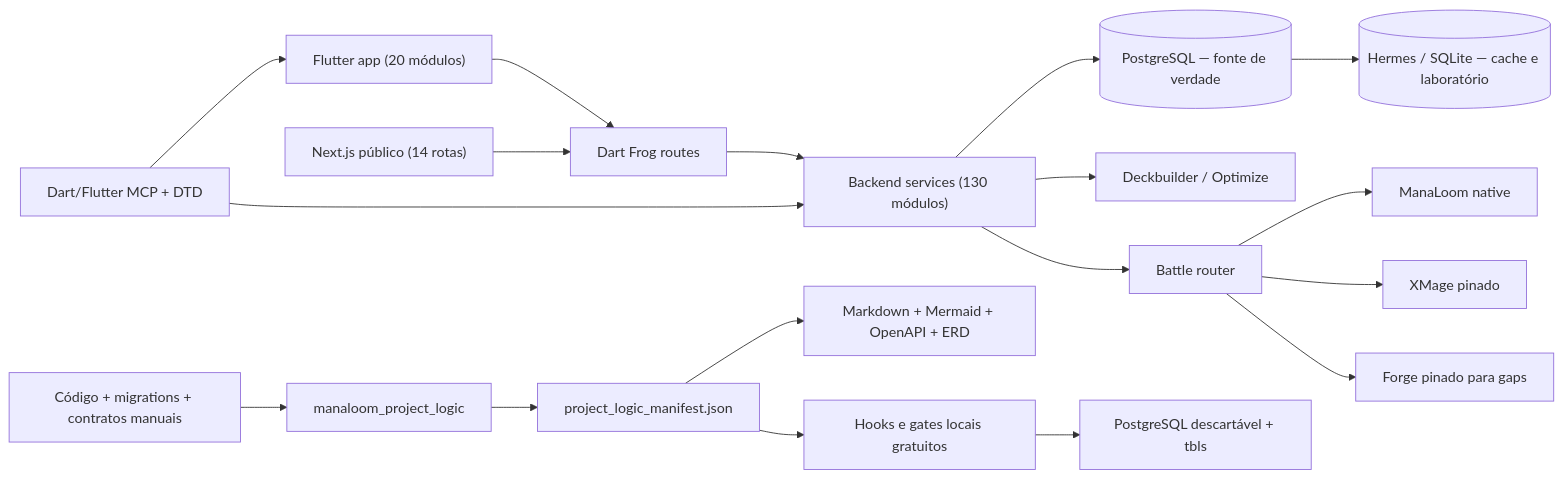
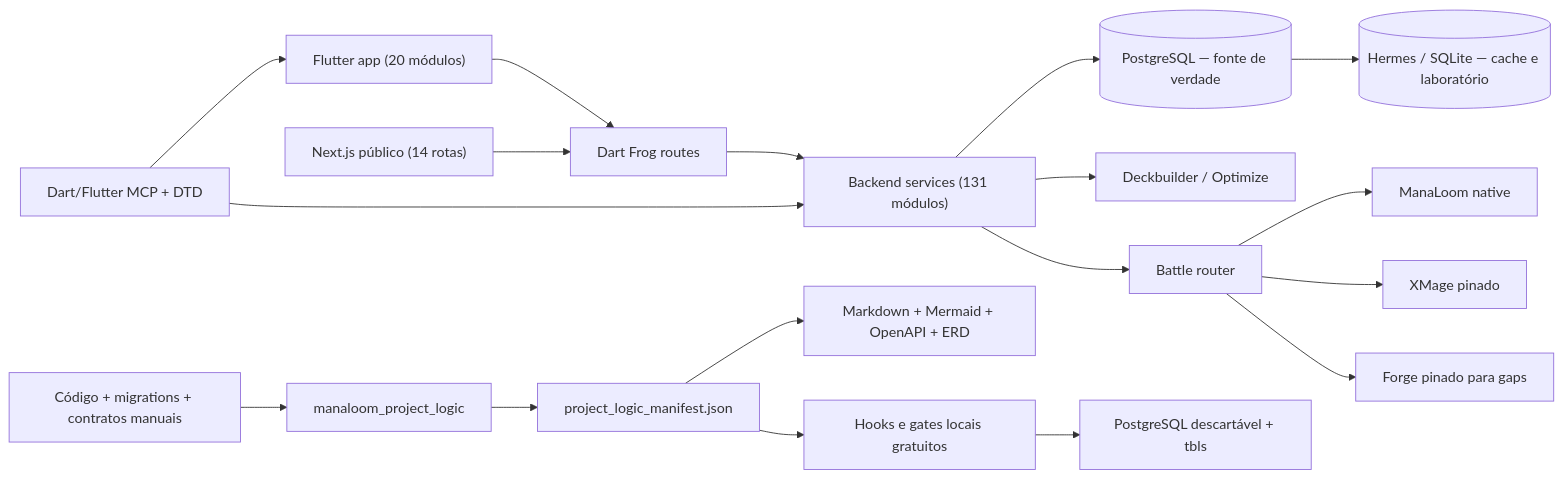
The diagram in docs/generated/ARCHITECTURE.md (softwarePredador/mtgia), drawn with Mermaid before and after one commit. The commit also changed 627 other files, not shown here.

````diff
--- a/docs/generated/ARCHITECTURE.md
+++ b/docs/generated/ARCHITECTURE.md
@@ -5,20 +5,20 @@
 ```mermaid
 flowchart LR
     UI["Flutter app (20 módulos)"] --> API["Dart Frog routes"]
     WEB["Next.js público (14 rotas)"] --> API
-    API --> DOMAIN["Backend services (130 módulos)"]
+    API --> DOMAIN["Backend services (131 módulos)"]
     DOMAIN --> PG[("PostgreSQL — fonte de verdade")]
     DOMAIN --> AI["Deckbuilder / Optimize"]
     DOMAIN --> BATTLE["Battle router"]
     BATTLE --> NATIVE["ManaLoom native"]
     BATTLE --> XMAGE["XMage pinado"]
     BATTLE --> FORGE["Forge pinado para gaps"]
     PG --> HERMES[("Hermes / SQLite — cache e laboratório")]
     SRC["Código + migrations + contratos manuais"] --> GEN["manaloom_project_logic"]
     GEN --> MANIFEST["project_logic_manifest.json"]
     MANIFEST --> DOCS["Markdown + Mermaid + OpenAPI + ERD"]
     MANIFEST --> LOCAL["Hooks e gates locais gratuitos"]
     LOCAL --> TBLS["PostgreSQL descartável + tbls"]
     MCP["Dart/Flutter MCP + DTD"] --> UI
     MCP --> DOMAIN
 ```
````
